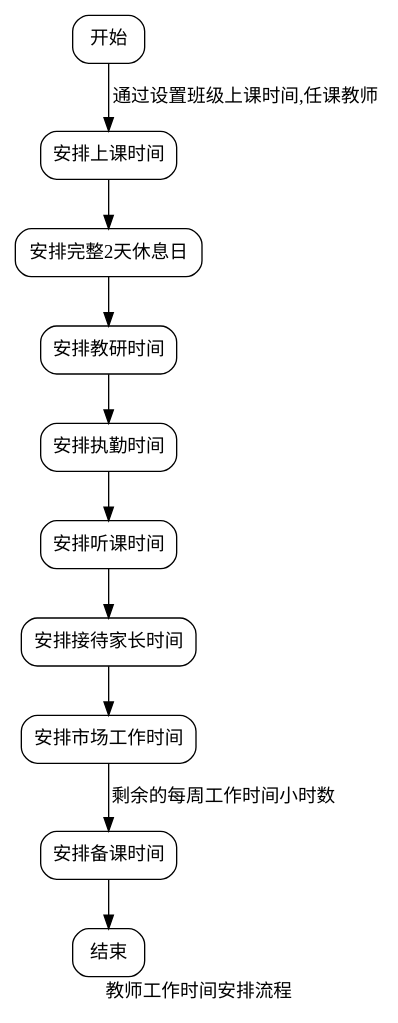
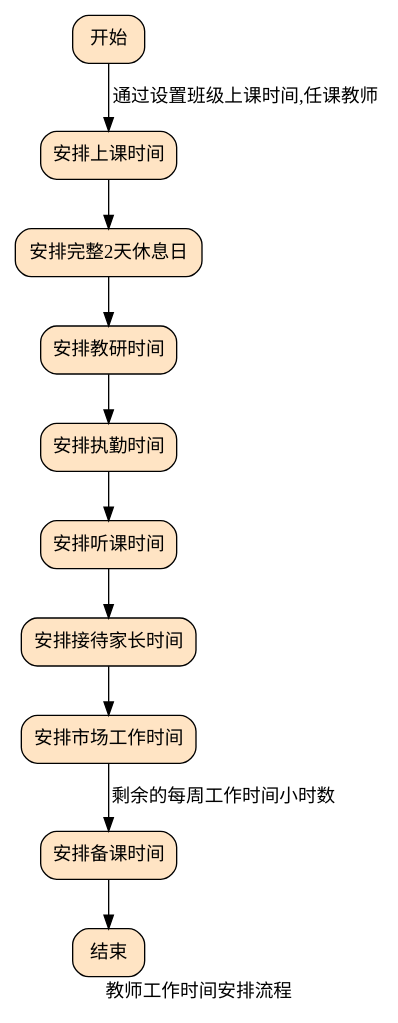
Before and after one commit to diandian888/mx-requirements: the diagram in management-system/hr/arrangement/svg/01.dot, drawn with Graphviz. The commit also changed 1 other file, not shown here.

Commit message:
Apply filled color(bisque) style

```diff
--- a/management-system/hr/arrangement/svg/01.dot
+++ b/management-system/hr/arrangement/svg/01.dot
@@ -1,12 +1,12 @@
 digraph {
     label="教师工作时间安排流程"
 
-    node [shape="box", style="rounded"]
+    node [shape="box", style="rounded,filled", fillcolor="bisque"]
         安排上课时间 -> 安排完整2天休息日 -> 安排教研时间 ->
         安排执勤时间 -> 安排听课时间 -> 安排接待家长时间 ->
         安排市场工作时间
 
         开始 -> 安排上课时间[label="通过设置班级上课时间,任课教师"]
         安排市场工作时间 -> 安排备课时间[label="剩余的每周工作时间小时数"]
         安排备课时间 -> 结束
 }
```
